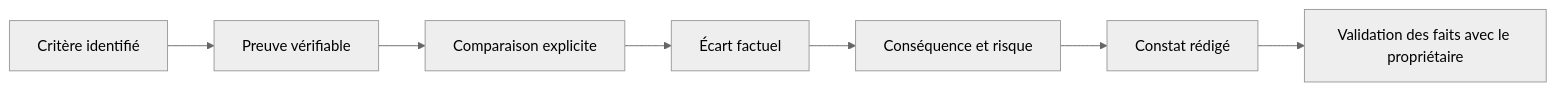
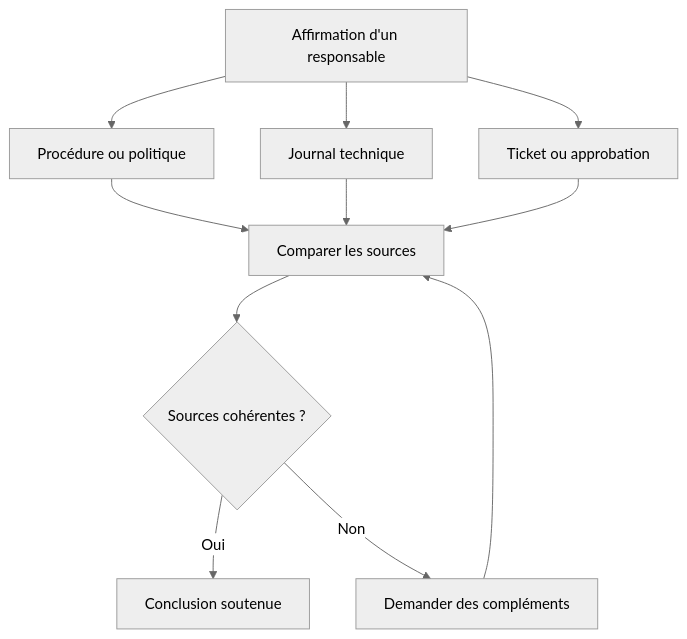
The third of 6 diagrams in content/lessons/maint-audits-expert.md (biggyseven/Skill-Tree), drawn with Mermaid (neutral theme) before and after one commit. The commit also changed other lines of this file, not shown here.

Commit message:
docs(maintenance): approfondir le cours expert sur les audits

````diff
--- a/content/lessons/maint-audits-expert.md
+++ b/content/lessons/maint-audits-expert.md
@@ -99,9 +993,13 @@
-~~~mermaid
-flowchart LR
-    A[Critère identifié] --> B[Preuve vérifiable]
-    B --> C[Comparaison explicite]
-    C --> D[Écart factuel]
-    D --> E[Conséquence et risque]
-    E --> F[Constat rédigé]
-    F --> G[Validation des faits avec le propriétaire]
-~~~
+```mermaid
+flowchart TD
+    A[Affirmation d'un responsable] --> B[Procédure ou politique]
+    A --> C[Journal technique]
+    A --> D[Ticket ou approbation]
+    B --> E[Comparer les sources]
+    C --> E
+    D --> E
+    E --> F{Sources cohérentes ?}
+    F -->|Oui| G[Conclusion soutenue]
+    F -->|Non| H[Demander des compléments]
+    H --> E
+```
````
